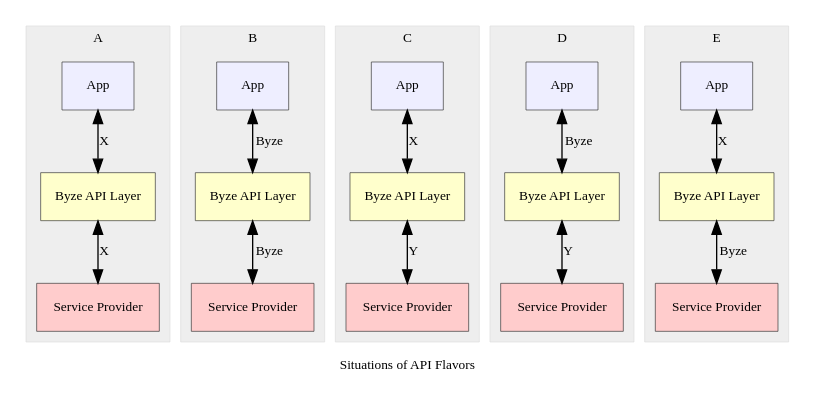
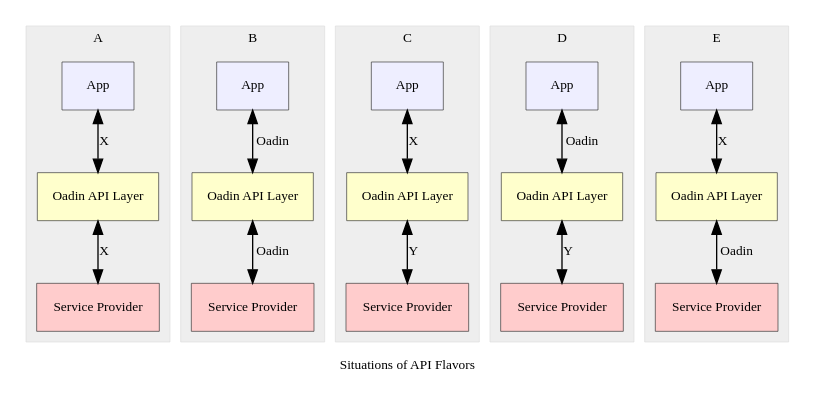
One commit to DigitalChinaOpenSource/oadin changed the first of 5 diagrams in docs/en/source/aog_mechanism.rst. Above: the diagram before and after it, drawn with Graphviz. The commit also changed other lines of this file and 117 other files, not shown here.

```diff
--- a/docs/en/source/aog_mechanism.rst
+++ b/docs/en/source/aog_mechanism.rst
@@ -65,82 +65,82 @@
 .. graphviz::
     :align: center
     
     digraph G {
         rankdir=TB
         compound=true
         label = "Situations of API Flavors"
         graph [fontname = "Verdana", fontsize = 10, style="filled", penwidth=0.5]
         node [fontname = "Verdana", fontsize = 10, shape=box, color="#333333", style="filled", penwidth=0.5]
         edge [fontname = "Verdana", fontsize = 10 ]
 
 
         subgraph cluster_a {
             label = "A"
             color="#dddddd"
             fillcolor="#eeeeee"
 
             app_a[label="App", fillcolor="#eeeeff"]
-            byze_a[label="Byze API Layer", fillcolor="#ffffcc"]
+            oadin_a[label="Oadin API Layer", fillcolor="#ffffcc"]
             sp_a[label="Service Provider", fillcolor="#ffcccc"]
 
-            app_a -> byze_a [label=" X", dir=both]
-            byze_a -> sp_a [label=" X", dir=both]
+            app_a -> oadin_a [label=" X", dir=both]
+            oadin_a -> sp_a [label=" X", dir=both]
 
         }
 
 
         subgraph cluster_b {
             label = "B"
             color="#dddddd"
             fillcolor="#eeeeee"
 
             app_b[label="App", fillcolor="#eeeeff"]
-            byze_b[label="Byze API Layer", fillcolor="#ffffcc"]
+            oadin_b[label="Oadin API Layer", fillcolor="#ffffcc"]
             sp_b[label="Service Provider", fillcolor="#ffcccc"]
 
-            app_b -> byze_b [label=" Byze", dir=both]
-            byze_b -> sp_b [label=" Byze", dir=both]
+            app_b -> oadin_b [label=" Oadin", dir=both]
+            oadin_b -> sp_b [label=" Oadin", dir=both]
         }
 
         subgraph cluster_c {
             label = "C"
             color="#dddddd"
             fillcolor="#eeeeee"
 
             app_c[label="App", fillcolor="#eeeeff"]
-            byze_c[label="Byze API Layer", fillcolor="#ffffcc"]
+            oadin_c[label="Oadin API Layer", fillcolor="#ffffcc"]
             sp_c[label="Service Provider", fillcolor="#ffcccc"]
 
-            app_c -> byze_c [label=" X", dir=both]
-            byze_c -> sp_c [label=" Y", dir=both]
+            app_c -> oadin_c [label=" X", dir=both]
+            oadin_c -> sp_c [label=" Y", dir=both]
 
         }
 
 
         subgraph cluster_d {
             label = "D"
             color="#dddddd"
             fillcolor="#eeeeee"
 
             app_d[label="App", fillcolor="#eeeeff"]
-            byze_d[label="Byze API Layer", fillcolor="#ffffcc"]
+            oadin_d[label="Oadin API Layer", fillcolor="#ffffcc"]
             sp_d[label="Service Provider", fillcolor="#ffcccc"]
 
-            app_d -> byze_d [label=" Byze", dir=both]
-            byze_d -> sp_d [label=" Y", dir=both]
+            app_d -> oadin_d [label=" Oadin", dir=both]
+            oadin_d -> sp_d [label=" Y", dir=both]
         }
 
         subgraph cluster_e {
             label = "E"
             color="#dddddd"
             fillcolor="#eeeeee"
 
             app_e[label="App", fillcolor="#eeeeff"]
-            byze_e[label="Byze API Layer", fillcolor="#ffffcc"]
+            oadin_e[label="Oadin API Layer", fillcolor="#ffffcc"]
             sp_e[label="Service Provider", fillcolor="#ffcccc"]
 
-            app_e -> byze_e [label=" X", dir=both]
-            byze_e -> sp_e [label=" Byze", dir=both]
+            app_e -> oadin_e [label=" X", dir=both]
+            oadin_e -> sp_e [label=" Oadin", dir=both]
         }
 
     }
```
